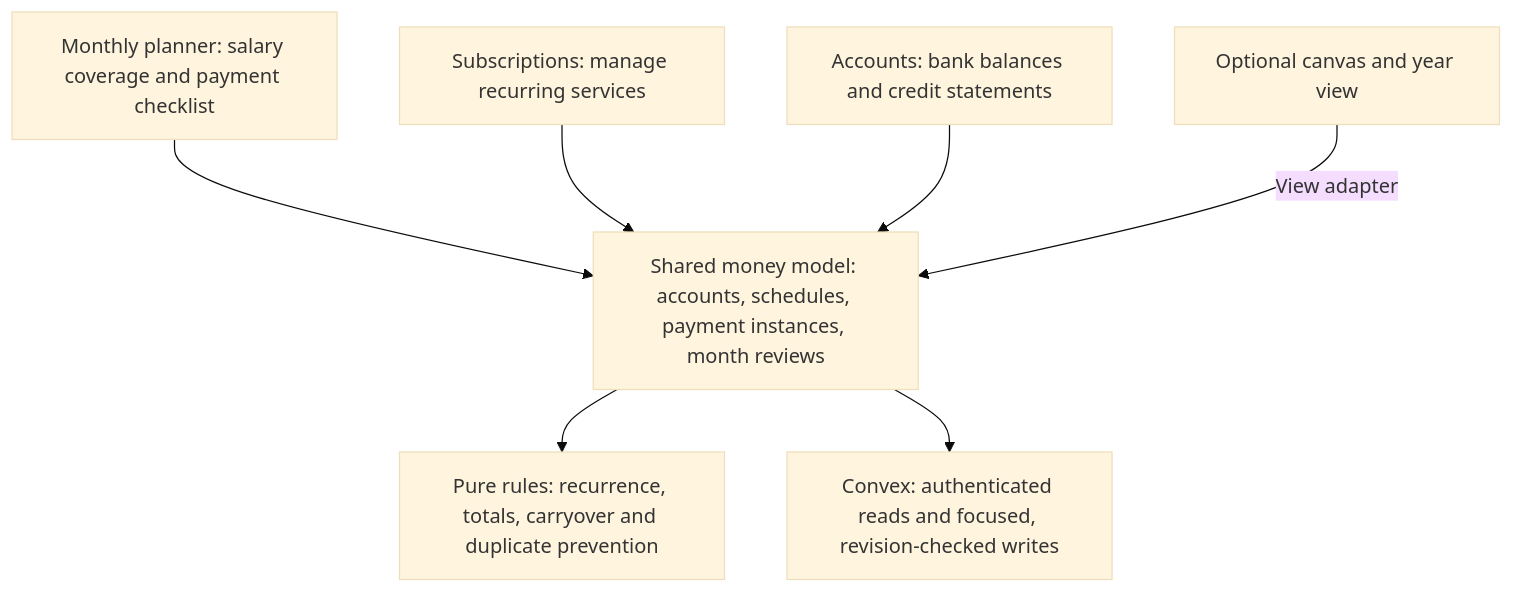
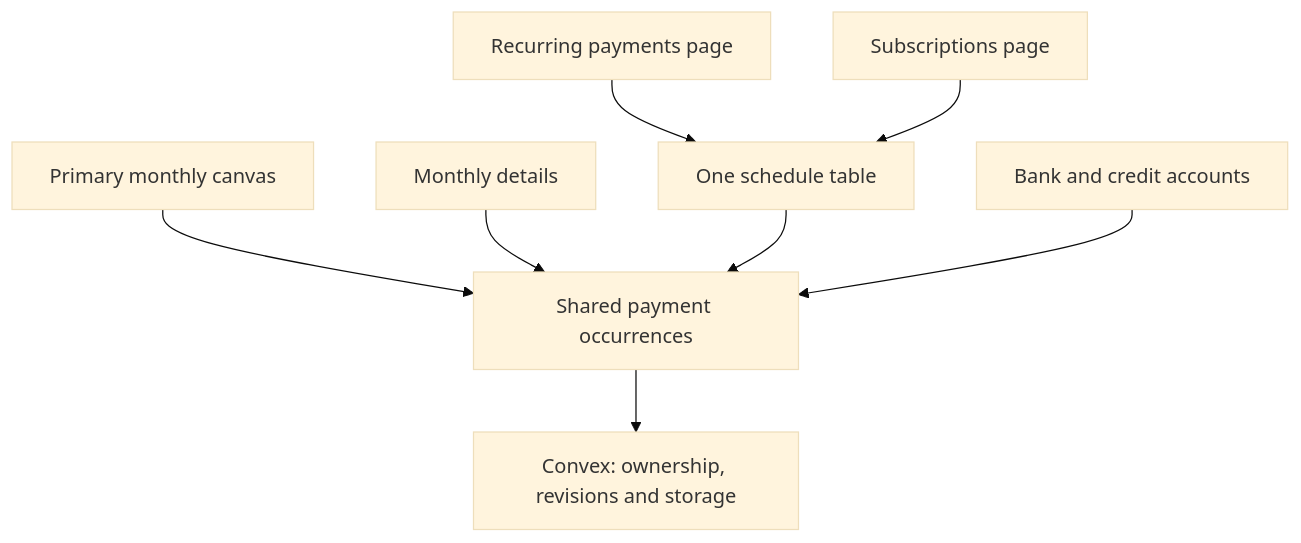
Before and after one commit to chvaldez10/fin-strat: the diagram in personal-dashboard/docs/plans/monthly-money-planner.md, drawn with Mermaid (base theme). The commit also changed other lines of this file and 34 other files, not shown here.

Commit message:
clean up money flow ui

````diff
--- a/personal-dashboard/docs/plans/monthly-money-planner.md
+++ b/personal-dashboard/docs/plans/monthly-money-planner.md
@@ -206,17 +120,10 @@
 ```mermaid
 flowchart TD
-    Month["Monthly planner: salary coverage and payment checklist"]
-    Subs["Subscriptions: manage recurring services"]
-    Accounts["Accounts: bank balances and credit statements"]
-    Canvas["Optional canvas and year view"]
-    Model["Shared money model: accounts, schedules, payment instances, month reviews"]
-    Rules["Pure rules: recurrence, totals, carryover and duplicate prevention"]
-    Backend["Convex: authenticated reads and focused, revision-checked writes"]
-
-    Month --> Model
-    Subs --> Model
-    Accounts --> Model
-    Canvas -->|View adapter| Model
-    Model --> Rules
-    Model --> Backend
+    Canvas["Primary monthly canvas"] --> Payments["Shared payment occurrences"]
+    Month["Monthly details"] --> Payments
+    Bills["Recurring payments page"] --> Series["One schedule table"]
+    Subs["Subscriptions page"] --> Series
+    Series --> Payments
+    Accounts["Bank and credit accounts"] --> Payments
+    Payments --> Server["Convex: ownership, revisions and storage"]
 ```
````
